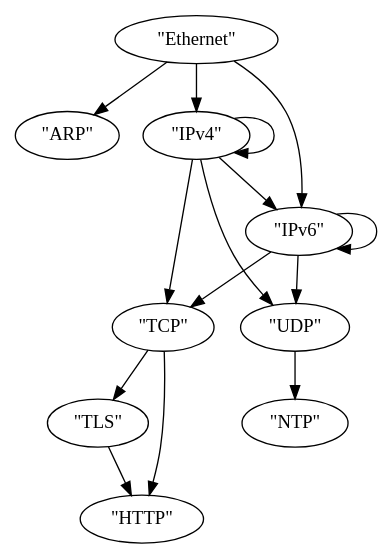
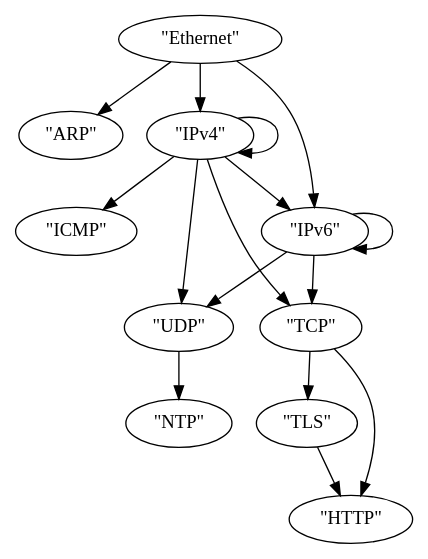
The diagram in graph.dot (saschagrunert/peel-ip), drawn with Graphviz before and after one commit. The commit also changed 9 other files, not shown here.

```diff
--- a/graph.dot
+++ b/graph.dot
@@ -1,25 +1,27 @@
 digraph {
     0 [label="\"Ethernet\""]
     1 [label="\"ARP\""]
     2 [label="\"IPv4\""]
     3 [label="\"IPv6\""]
-    4 [label="\"TCP\""]
-    5 [label="\"UDP\""]
-    6 [label="\"TLS\""]
-    7 [label="\"HTTP\""]
-    8 [label="\"NTP\""]
+    4 [label="\"ICMP\""]
+    5 [label="\"TCP\""]
+    6 [label="\"UDP\""]
+    7 [label="\"TLS\""]
+    8 [label="\"HTTP\""]
+    9 [label="\"NTP\""]
     0 -> 1
     0 -> 2
     0 -> 3
     2 -> 3
     2 -> 2
     3 -> 3
     2 -> 4
-    3 -> 4
     2 -> 5
     3 -> 5
-    4 -> 6
-    4 -> 7
-    6 -> 7
+    2 -> 6
+    3 -> 6
+    5 -> 7
     5 -> 8
+    7 -> 8
+    6 -> 9
 }
```
